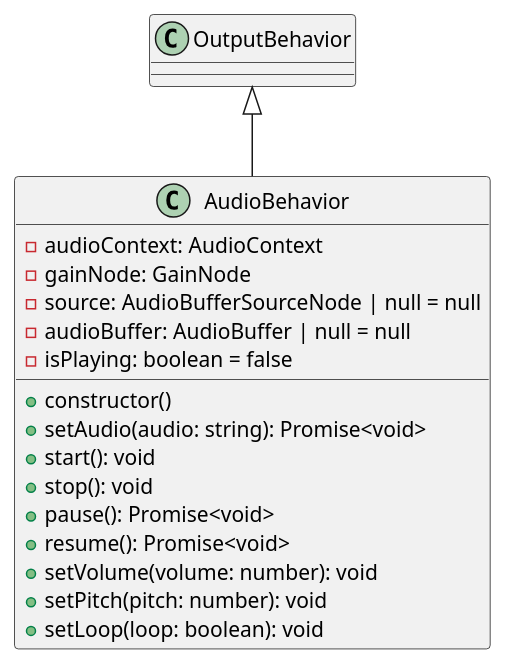
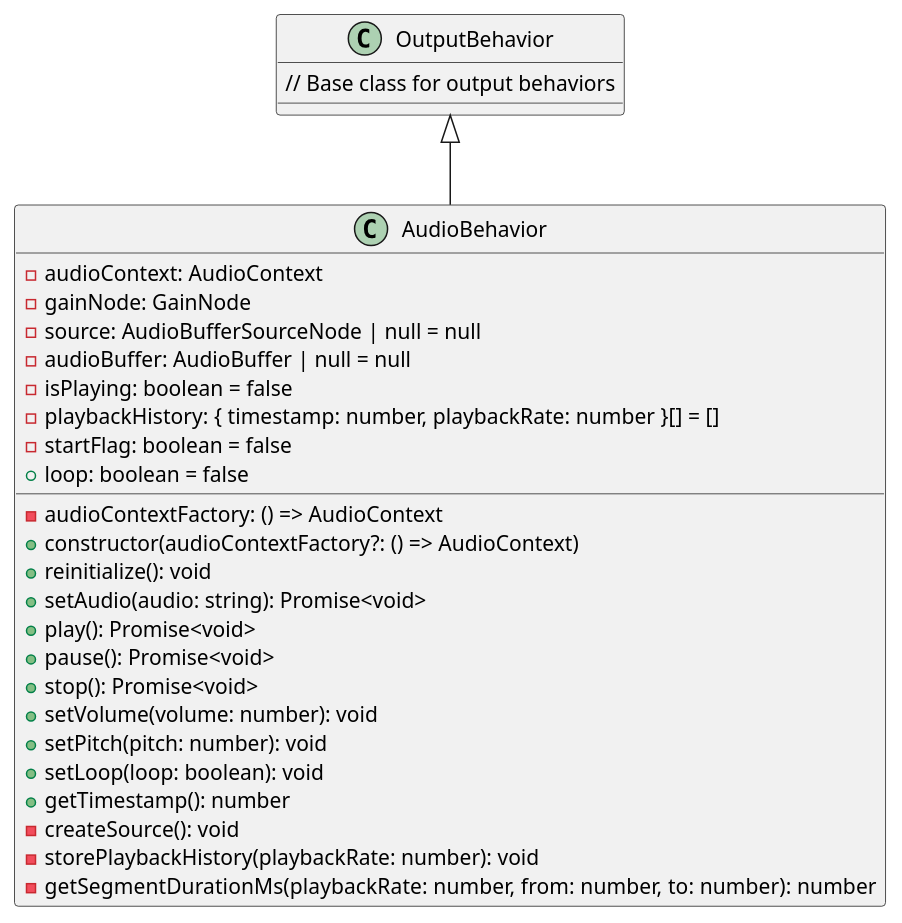
Before and after one commit to CPNV-ES/game-engine: the diagram in doc/extensions/audio-engine/class-diagram.puml, drawn with PlantUML.

Commit message:
docs: class diagram for audio behavior updated

```diff
--- a/doc/extensions/audio-engine/class-diagram.puml
+++ b/doc/extensions/audio-engine/class-diagram.puml
@@ -1,24 +1,36 @@
-@startuml AudioBehavior
+@startuml 
 
-class OutputBehavior
+
+class OutputBehavior {
+  // Base class for output behaviors
+}
 
 class AudioBehavior {
+  - audioContextFactory: () => AudioContext
   - audioContext: AudioContext
   - gainNode: GainNode
   - source: AudioBufferSourceNode | null = null
   - audioBuffer: AudioBuffer | null = null
   - isPlaying: boolean = false
+  - playbackHistory: { timestamp: number, playbackRate: number }[] = []
+  - startFlag: boolean = false
+  + loop: boolean = false
 
-  + constructor()
+  + constructor(audioContextFactory?: () => AudioContext)
+  + reinitialize(): void
   + setAudio(audio: string): Promise<void>
-  + start(): void
-  + stop(): void
+  + play(): Promise<void>
   + pause(): Promise<void>
-  + resume(): Promise<void>
+  + stop(): Promise<void>
   + setVolume(volume: number): void
   + setPitch(pitch: number): void
   + setLoop(loop: boolean): void
+  + getTimestamp(): number
+  - createSource(): void
+  - storePlaybackHistory(playbackRate: number): void
+  - getSegmentDurationMs(playbackRate: number, from: number, to: number): number
 }
 
-AudioBehavior --up|> OutputBehavior
+AudioBehavior -up-|> OutputBehavior
+
 @enduml
```
